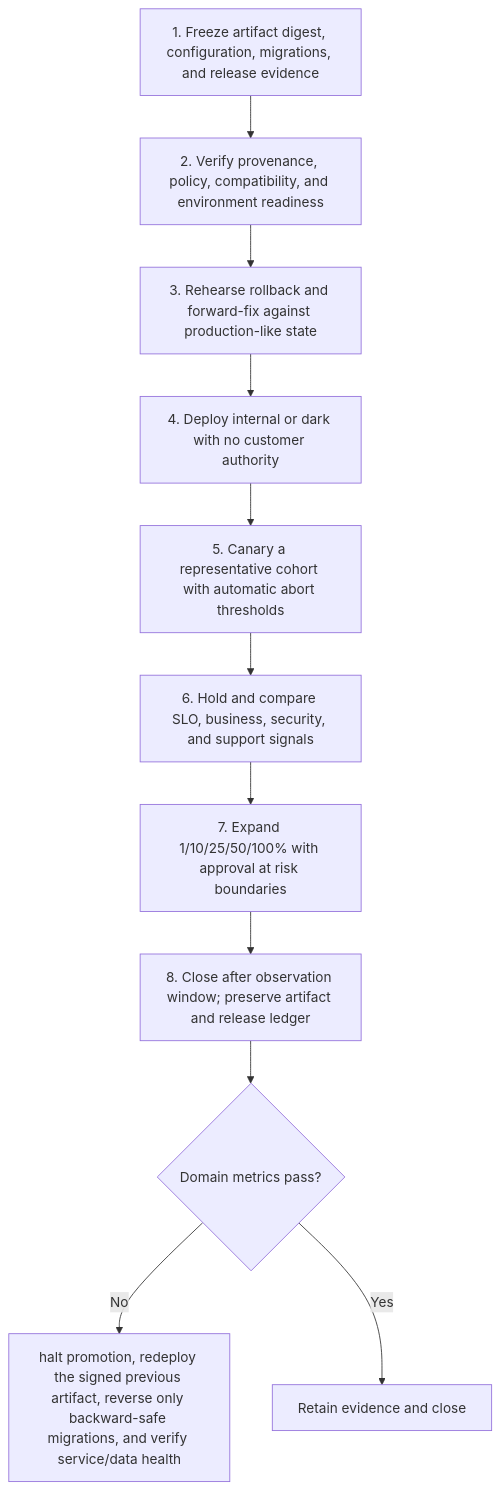
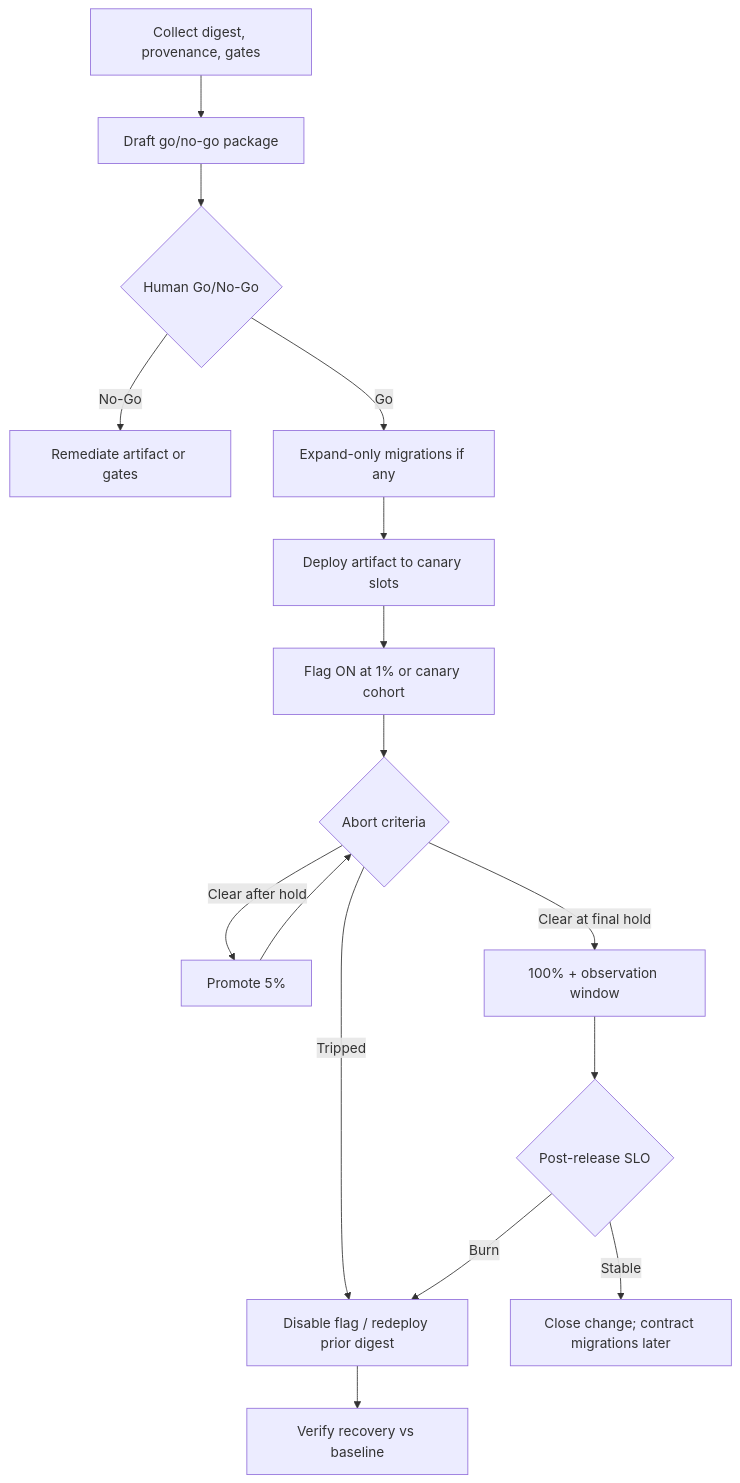
Before and after one commit to grvmithas/open-ai-engineering-standards: the diagram in content/patterns/release-pattern/workflow.md, drawn with Mermaid. The commit also changed other lines of this file and 494 other files, not shown here.

````diff
--- a/content/patterns/release-pattern/workflow.md
+++ b/content/patterns/release-pattern/workflow.md
@@ -9,14 +11,18 @@
 ```mermaid
 flowchart TD
-  S1[1. Freeze artifact digest, configuration, migrations, and release evidence] --> S2
-  S2[2. Verify provenance, policy, compatibility, and environment readiness] --> S3
-  S3[3. Rehearse rollback and forward-fix against production-like state] --> S4
-  S4[4. Deploy internal or dark with no customer authority] --> S5
-  S5[5. Canary a representative cohort with automatic abort thresholds] --> S6
-  S6[6. Hold and compare SLO, business, security, and support signals] --> S7
-  S7[7. Expand 1/10/25/50/100% with approval at risk boundaries] --> S8
-  S8[8. Close after observation window; preserve artifact and release ledger]
-  S8 --> V{Domain metrics pass?}
-  V -->|No| R[halt promotion, redeploy the signed previous artifact, reverse only backward-safe migrations, and verify service/data health]
-  V -->|Yes| C[Retain evidence and close]
+    A[Collect digest, provenance, gates] --> B[Draft go/no-go package]
+    B --> C{Human Go/No-Go}
+    C -->|No-Go| X[Remediate artifact or gates]
+    C -->|Go| D[Expand-only migrations if any]
+    D --> E[Deploy artifact to canary slots]
+    E --> F[Flag ON at 1% or canary cohort]
+    F --> G{Abort criteria}
+    G -->|Tripped| H[Disable flag / redeploy prior digest]
+    H --> I[Verify recovery vs baseline]
+    G -->|Clear after hold| J[Promote 5%]
+    J --> G
+    G -->|Clear at final hold| K[100% + observation window]
+    K --> L{Post-release SLO}
+    L -->|Burn| H
+    L -->|Stable| M[Close change; contract migrations later]
 ```
````
